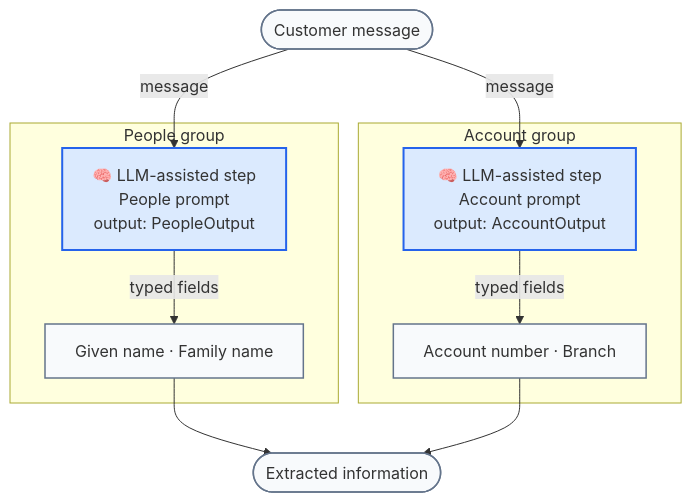
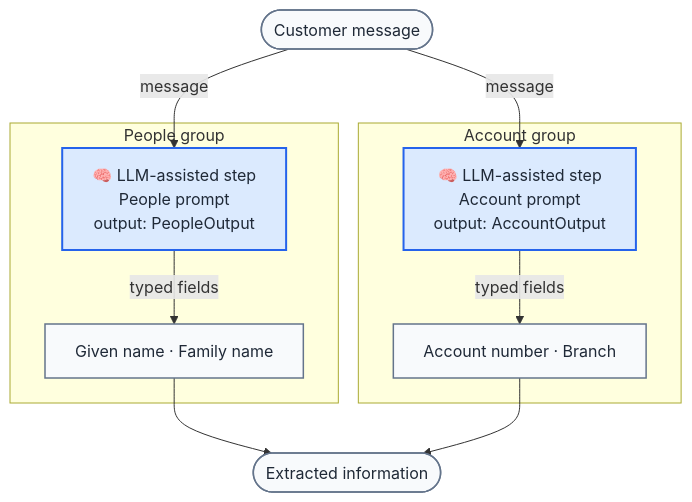
One commit to FridljDa/FridljDa.github.io changed the third of 5 diagrams in src/content/blog/first-level-support-automation.mdx. Above: the diagram before and after it, drawn with Mermaid. The commit also changed other lines of this file and 32 other files, not shown here.

````diff
--- a/src/content/blog/first-level-support-automation.mdx
+++ b/src/content/blog/first-level-support-automation.mdx
@@ -107,26 +107,26 @@
 ```mermaid
 flowchart TD
     MSG(["Customer message"])
 
     subgraph people["People group"]
         P_STEP["🧠 LLM-assisted step<br/>People prompt<br/>output: PeopleOutput"]
         P_FIELDS["Given name · Family name"]
         P_STEP -->|"typed fields"| P_FIELDS
     end
 
     subgraph account["Account group"]
         A_STEP["🧠 LLM-assisted step<br/>Account prompt<br/>output: AccountOutput"]
         A_FIELDS["Account number · Branch"]
         A_STEP -->|"typed fields"| A_FIELDS
     end
 
     MSG -->|"message"| P_STEP
     MSG -->|"message"| A_STEP
     P_FIELDS --> OUT(["Extracted information"])
     A_FIELDS --> OUT
 
-    classDef llm fill:#dbeafe,stroke:#2563eb,stroke-width:2px
-    classDef data fill:#f8fafc,stroke:#64748b,stroke-width:1.5px
+    classDef llm fill:#dbeafe,stroke:#2563eb,stroke-width:2px,color:#1f2937
+    classDef data fill:#f8fafc,stroke:#64748b,stroke-width:1.5px,color:#1f2937
     class P_STEP,A_STEP llm
     class MSG,P_FIELDS,A_FIELDS,OUT data
 ```
````
